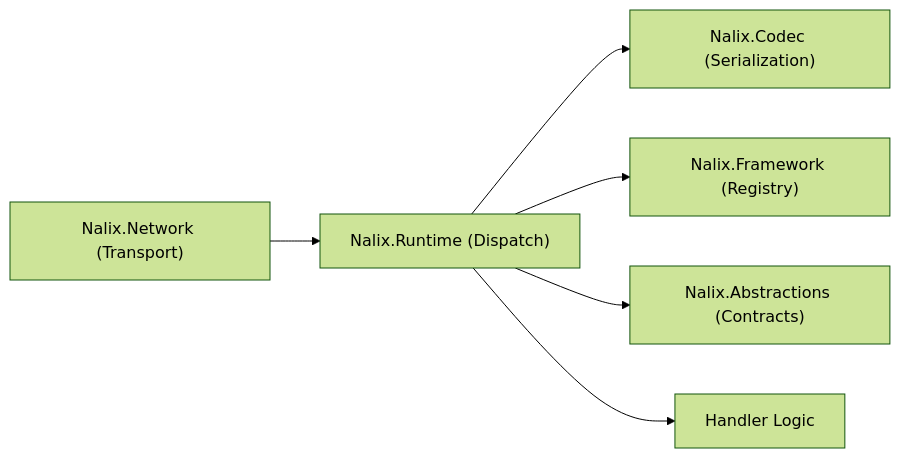
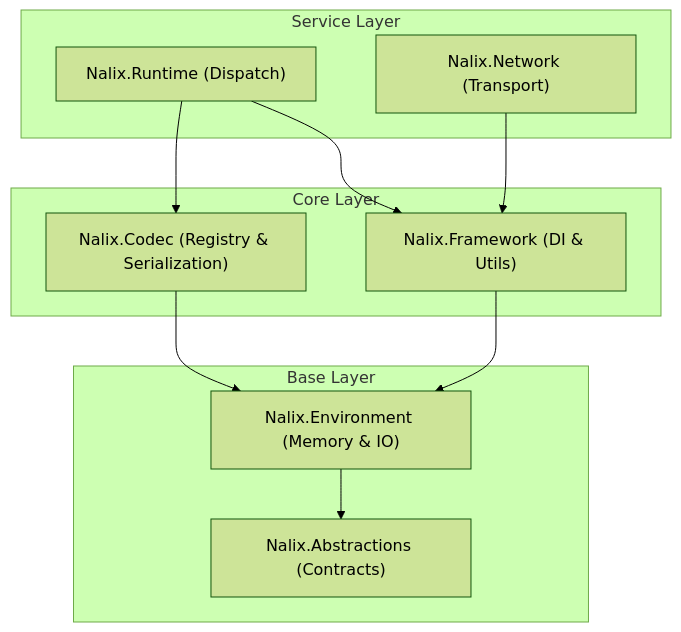
Before and after one commit to ppn-systems/Nalix: the diagram in docs/packages/nalix-runtime.md, drawn with Mermaid (forest theme). The commit also changed other lines of this file and 69 other files, not shown here.

````diff
--- a/docs/packages/nalix-runtime.md
+++ b/docs/packages/nalix-runtime.md
@@ -21,8 +21,25 @@
 ```mermaid
-flowchart LR
-    A["Nalix.Network (Transport)"] --> B["Nalix.Runtime (Dispatch)"]
-    B --> C["Nalix.Codec (Serialization)"]
-    B --> D["Nalix.Framework (Registry)"]
-    B --> E["Nalix.Abstractions (Contracts)"]
-    B --> F["Handler Logic"]
+flowchart TD
+    subgraph Svc ["Service Layer"]
+        Runtime["Nalix.Runtime (Dispatch)"]
+        Network["Nalix.Network (Transport)"]
+    end
+
+    subgraph Core ["Core Layer"]
+        Codec["Nalix.Codec (Registry & Serialization)"]
+        Framework["Nalix.Framework (DI & Utils)"]
+    end
+
+    subgraph Base ["Base Layer"]
+        Env["Nalix.Environment (Memory & IO)"]
+        Abstractions["Nalix.Abstractions (Contracts)"]
+    end
+
+    Runtime --> Codec
+    Runtime --> Framework
+    Network --> Framework
+    
+    Codec --> Env
+    Framework --> Env
+    Env --> Abstractions
 ```
````
